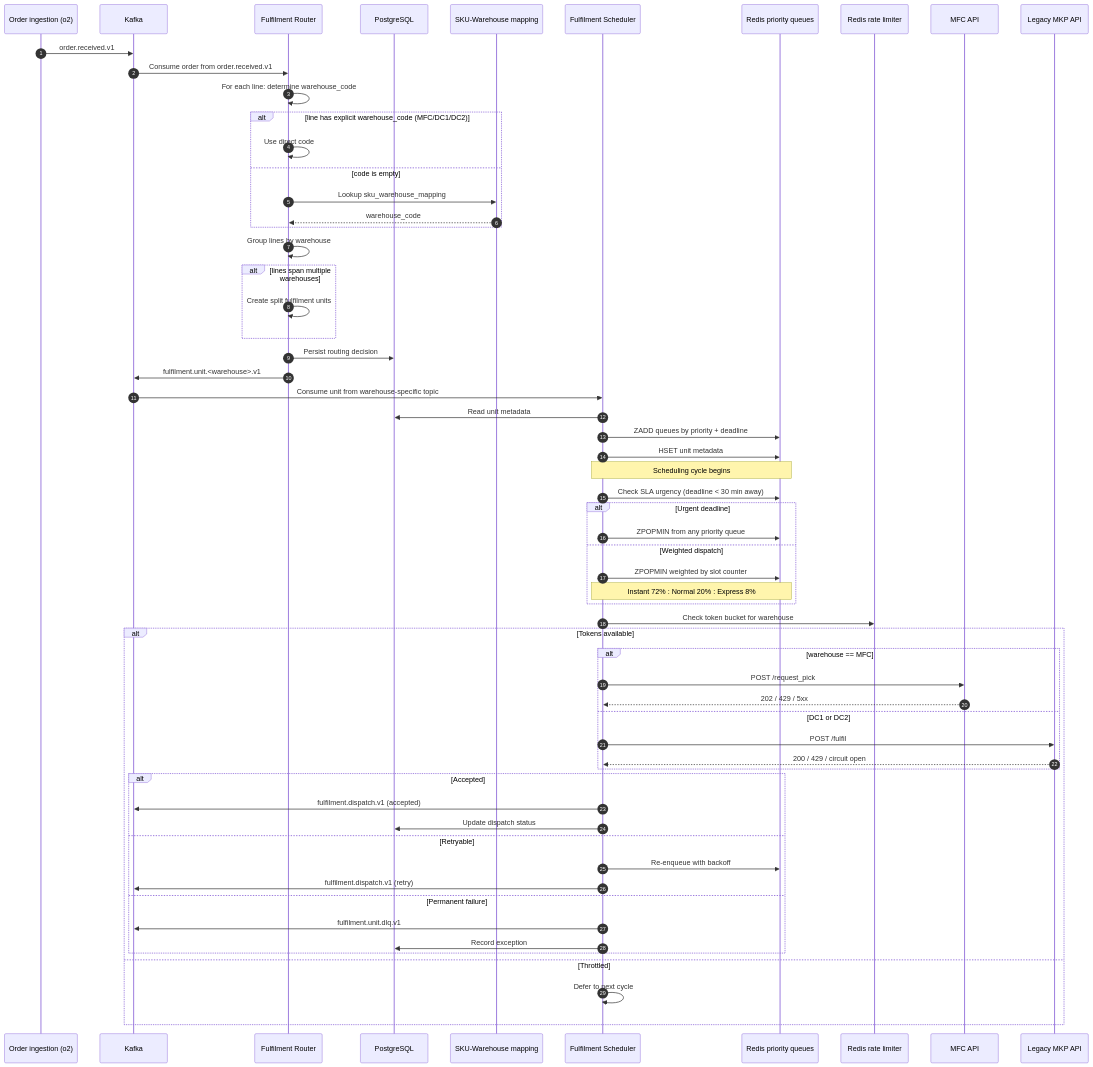
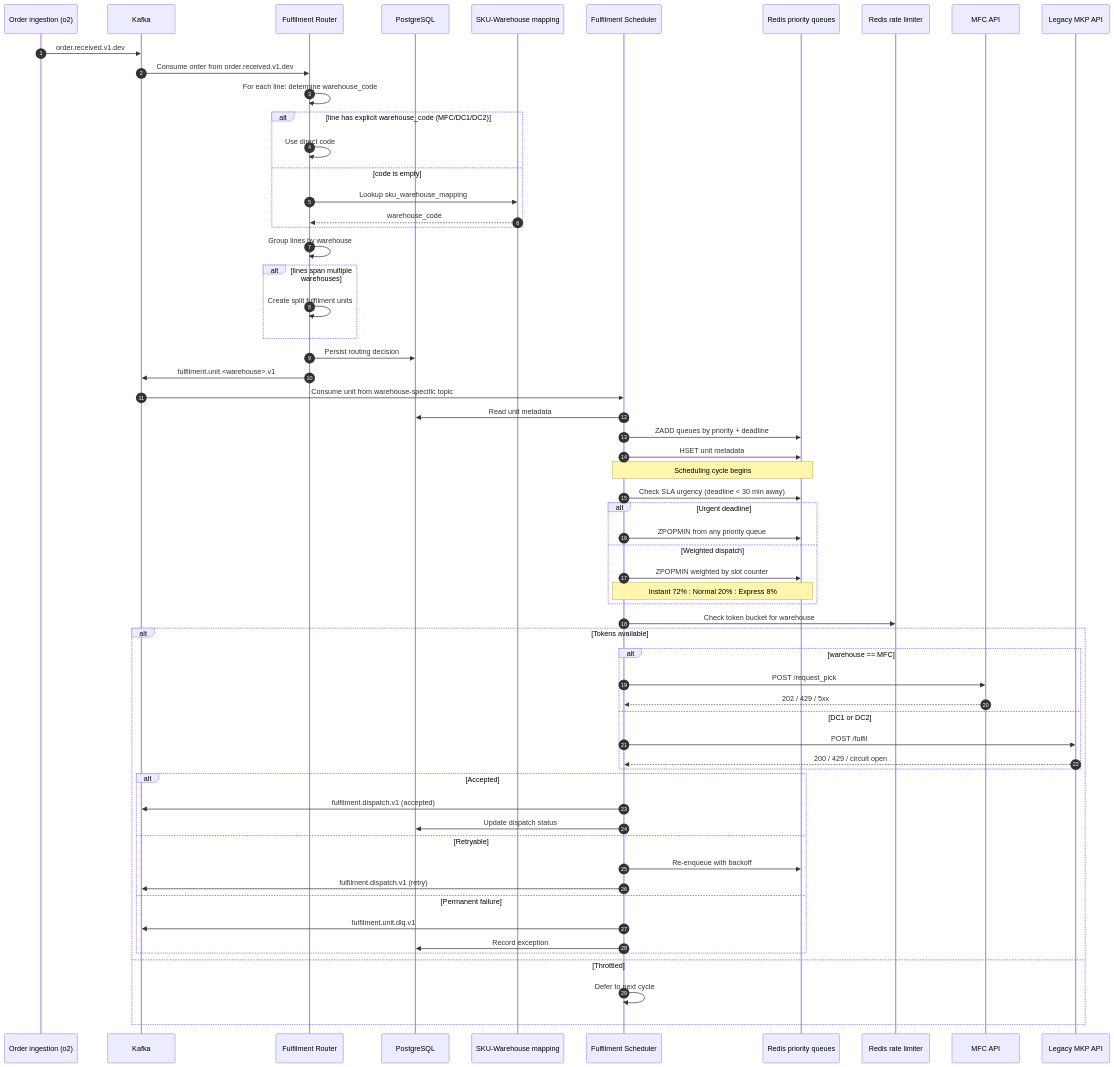
The eighth of 9 diagrams in docs/architecture01-pmc.md (hermese-team/phoenix-multi-channel-mkp-design), drawn with Mermaid before and after one commit. The commit also changed other lines of this file and 2 other files, not shown here.

First line of the commit message:
rename Kafka topics to per-channel raw/ingest pattern with .dev suffix

````diff
--- a/docs/architecture01-pmc.md
+++ b/docs/architecture01-pmc.md
@@ -579,70 +579,70 @@
 ```mermaid
 sequenceDiagram
     autonumber
     participant O as Order ingestion (o2)
     participant K as Kafka
     participant FR as Fulfilment Router
     participant Pg as PostgreSQL
     participant M as SKU-Warehouse mapping
     participant FS as Fulfilment Scheduler
     participant RQ as Redis priority queues
     participant RL as Redis rate limiter
     participant MFC as MFC API
     participant LEG as Legacy MKP API
 
-    O->>K: order.received.v1
+    O->>K: order.received.v1.dev
 
-    K->>FR: Consume order from order.received.v1
+    K->>FR: Consume order from order.received.v1.dev
     FR->>FR: For each line: determine warehouse_code
     alt line has explicit warehouse_code (MFC/DC1/DC2)
         FR->>FR: Use direct code
     else code is empty
         FR->>M: Lookup sku_warehouse_mapping
         M-->>FR: warehouse_code
     end
     FR->>FR: Group lines by warehouse
     alt lines span multiple warehouses
         FR->>FR: Create split fulfilment units
     end
     FR->>Pg: Persist routing decision
     FR->>K: fulfilment.unit.<warehouse>.v1
 
     K->>FS: Consume unit from warehouse-specific topic
     FS->>Pg: Read unit metadata
     FS->>RQ: ZADD queues by priority + deadline
     FS->>RQ: HSET unit metadata
 
     Note over FS,RQ: Scheduling cycle begins
 
     FS->>RQ: Check SLA urgency (deadline < 30 min away)
     alt Urgent deadline
         FS->>RQ: ZPOPMIN from any priority queue
     else Weighted dispatch
         FS->>RQ: ZPOPMIN weighted by slot counter
         Note over FS,RQ: Instant 72% : Normal 20% : Express 8%
     end
 
     FS->>RL: Check token bucket for warehouse
     alt Tokens available
         alt warehouse == MFC
             FS->>MFC: POST /request_pick
             MFC-->>FS: 202 / 429 / 5xx
         else DC1 or DC2
             FS->>LEG: POST /fulfil
             LEG-->>FS: 200 / 429 / circuit open
         end
 
         alt Accepted
             FS->>K: fulfilment.dispatch.v1 (accepted)
             FS->>Pg: Update dispatch status
         else Retryable
             FS->>RQ: Re-enqueue with backoff
             FS->>K: fulfilment.dispatch.v1 (retry)
         else Permanent failure
             FS->>K: fulfilment.unit.dlq.v1
             FS->>Pg: Record exception
         end
     else Throttled
         FS->>FS: Defer to next cycle
     end
 ```
````
